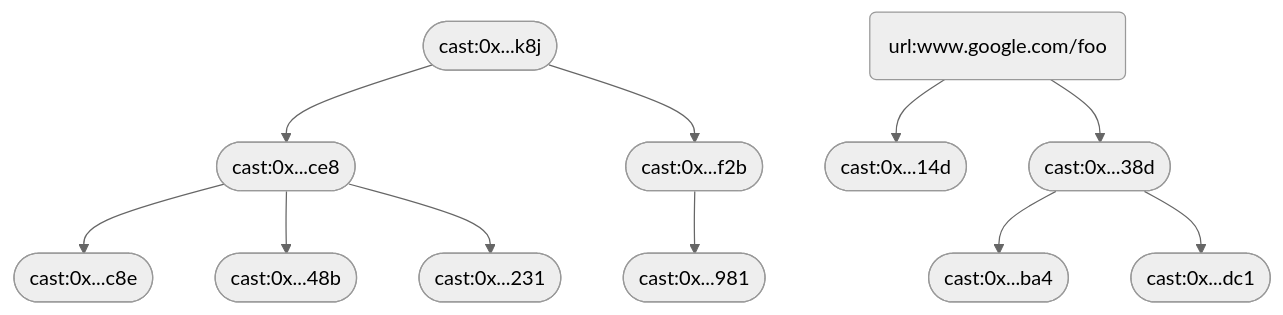
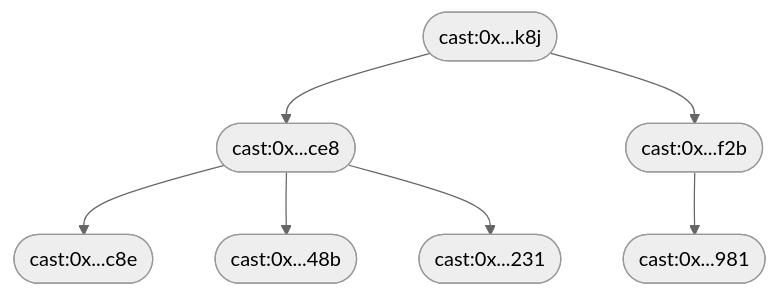
The tenth of 10 diagrams in README.md (farcasterxyz/protocol), drawn with Mermaid (neutral theme) before and after one commit. The commit also changed other lines of this file, not shown here.

````diff
--- a/README.md
+++ b/README.md
@@ -646,15 +652,9 @@
 ```mermaid
 graph TB
     A([cast:0x...k8j])-->B([cast:0x...ce8])
     A-->C([cast:0x...f2b])
     B-->D([cast:0x...c8e])
     B-->E([cast:0x...48b])
     B-->F([cast:0x...231])
     C-->G([cast:0x...981])
-
-
-    H(url:www.google.com/foo)-->I([cast:0x...14d])
-    H-->J([cast:0x...38d])
-    J-->K([cast:0x...ba4])
-    J-->L([cast:0x...dc1])
 ```
````
